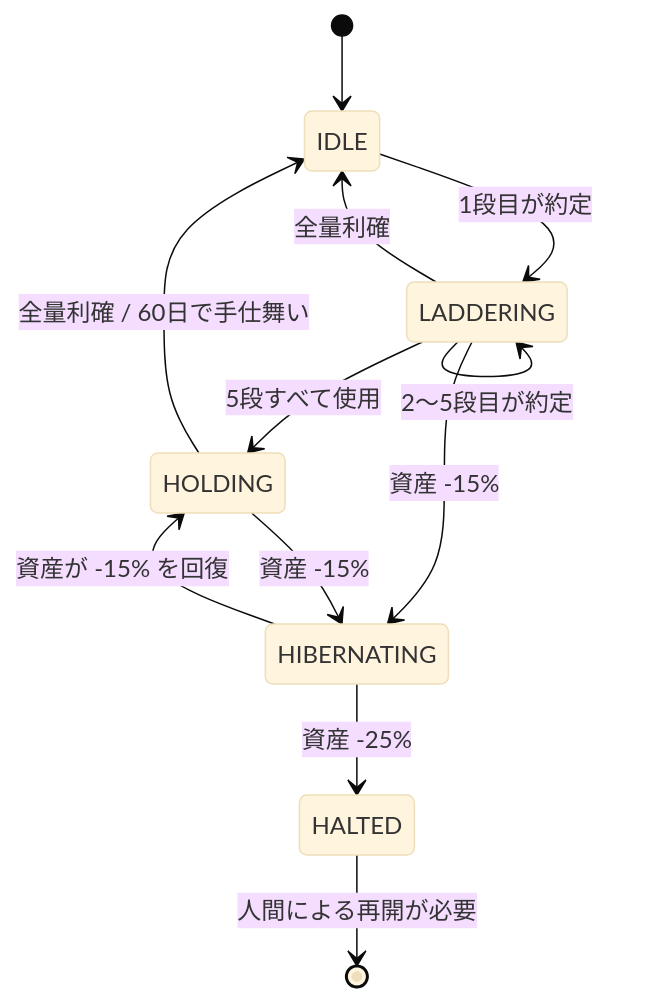
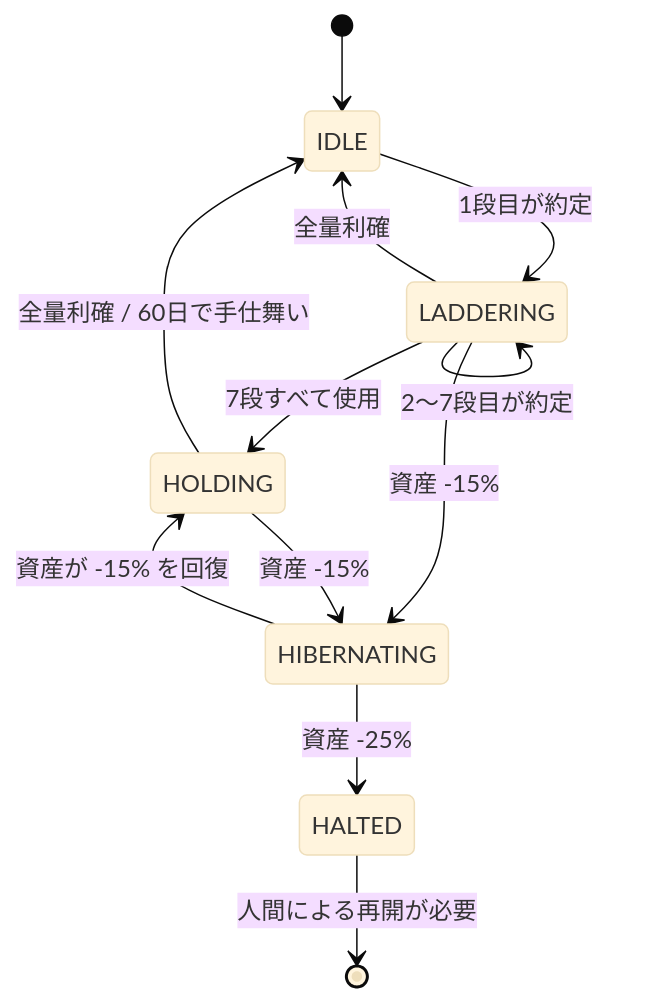
The diagram in strategy.md (tjackiet/ai-agent-farm-nampinonychus), drawn with Mermaid (base theme) before and after one commit. The commit also changed other lines of this file and 12 other files, not shown here.

````diff
--- a/strategy.md
+++ b/strategy.md
@@ -205,14 +209,14 @@
 ```mermaid
 stateDiagram-v2
     [*] --> IDLE
     IDLE --> LADDERING: 1段目が約定
-    LADDERING --> LADDERING: 2〜5段目が約定
-    LADDERING --> HOLDING: 5段すべて使用
+    LADDERING --> LADDERING: 2〜7段目が約定
+    LADDERING --> HOLDING: 7段すべて使用
     LADDERING --> IDLE: 全量利確
     HOLDING --> IDLE: 全量利確 / 60日で手仕舞い
     LADDERING --> HIBERNATING: 資産 -15%
     HOLDING --> HIBERNATING: 資産 -15%
     HIBERNATING --> HOLDING: 資産が -15% を回復
     HIBERNATING --> HALTED: 資産 -25%
     HALTED --> [*]: 人間による再開が必要
 ```
````
